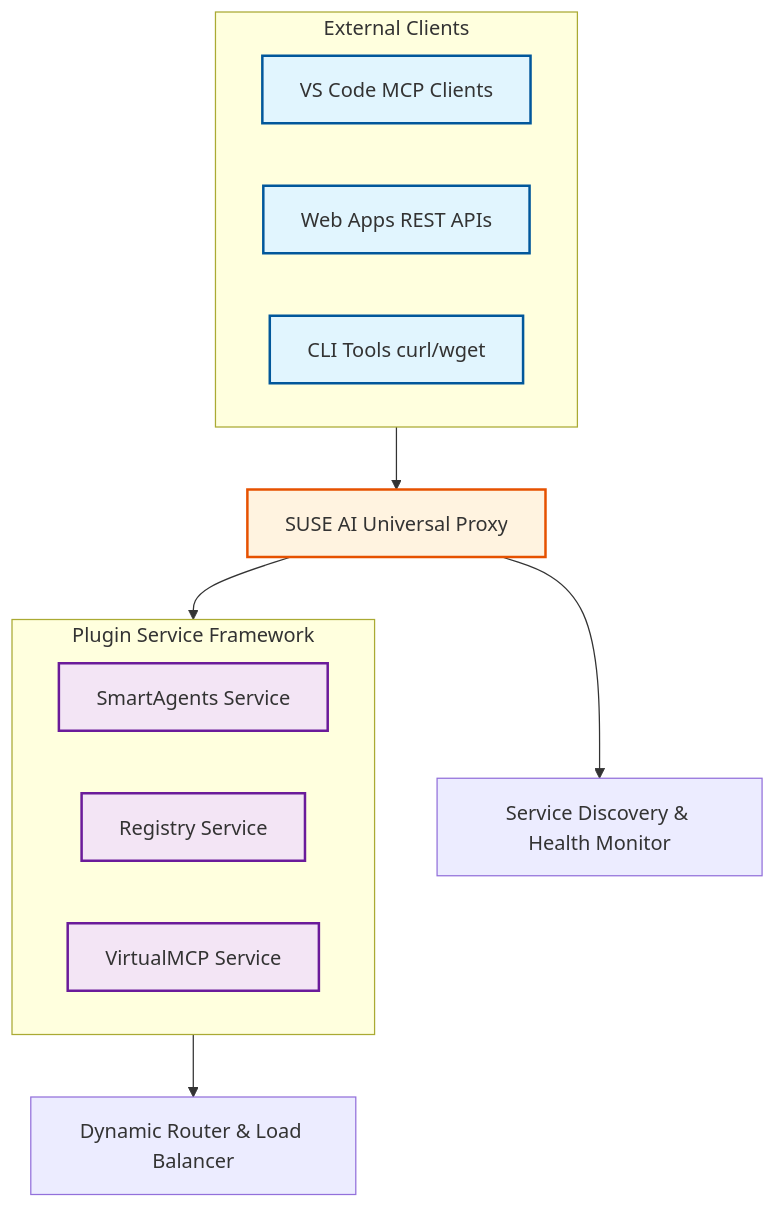
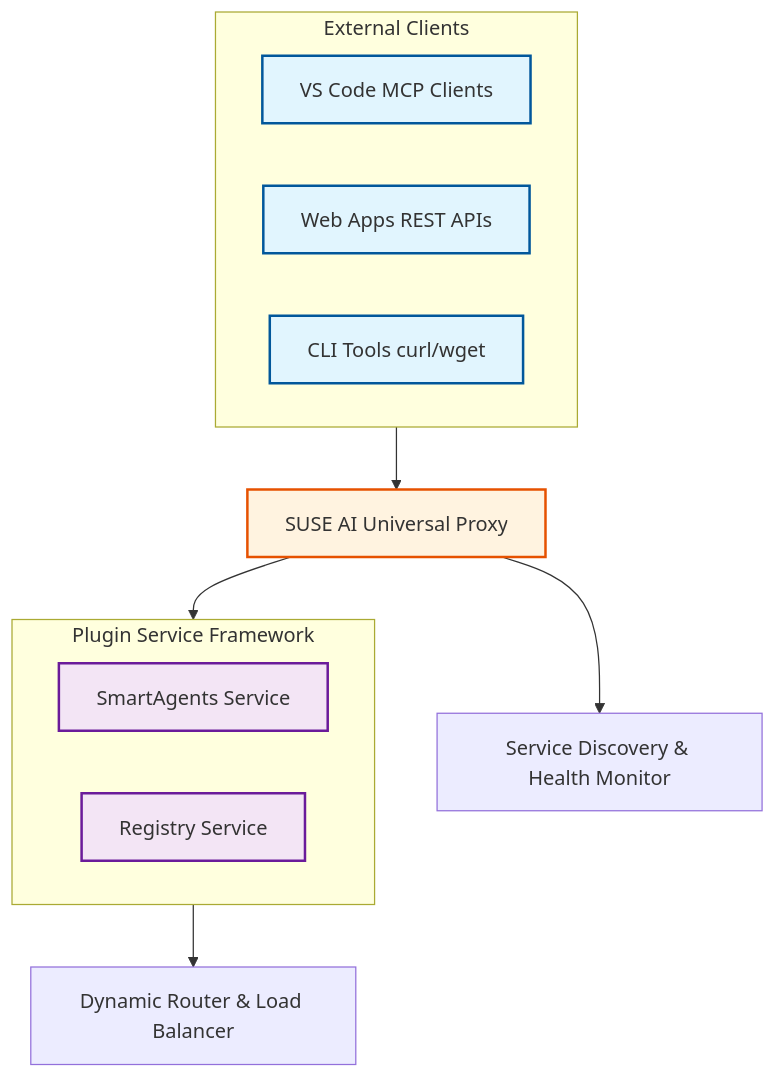
Before and after one commit to SUSE/suse-ai-up: the first of 2 diagrams in README.md, drawn with Mermaid. The commit also changed other lines of this file and 51 other files, not shown here.

````diff
--- a/README.md
+++ b/README.md
@@ -30,29 +30,28 @@
 ```mermaid
 graph TD
     A[SUSE AI Universal Proxy]
     subgraph B [Plugin Service Framework]
         C[SmartAgents Service]
         D[Registry Service]
-        E[VirtualMCP Service]
     end
     F[Dynamic Router & Load Balancer]
     G[Service Discovery & Health Monitor]
     subgraph H [External Clients]
         I[VS Code MCP Clients]
         J[Web Apps REST APIs]
         K[CLI Tools curl/wget]
     end
 
     H --> A
     A --> B
     B --> F
     A --> G
 
     classDef proxyClass fill:#fff3e0,stroke:#e65100,stroke-width:2px
     classDef serviceClass fill:#f3e5f5,stroke:#6a1b9a,stroke-width:2px
     classDef clientClass fill:#e1f5fe,stroke:#01579b,stroke-width:2px
 
     class A proxyClass
     class C,D,E serviceClass
     class I,J,K clientClass
 ```
````
